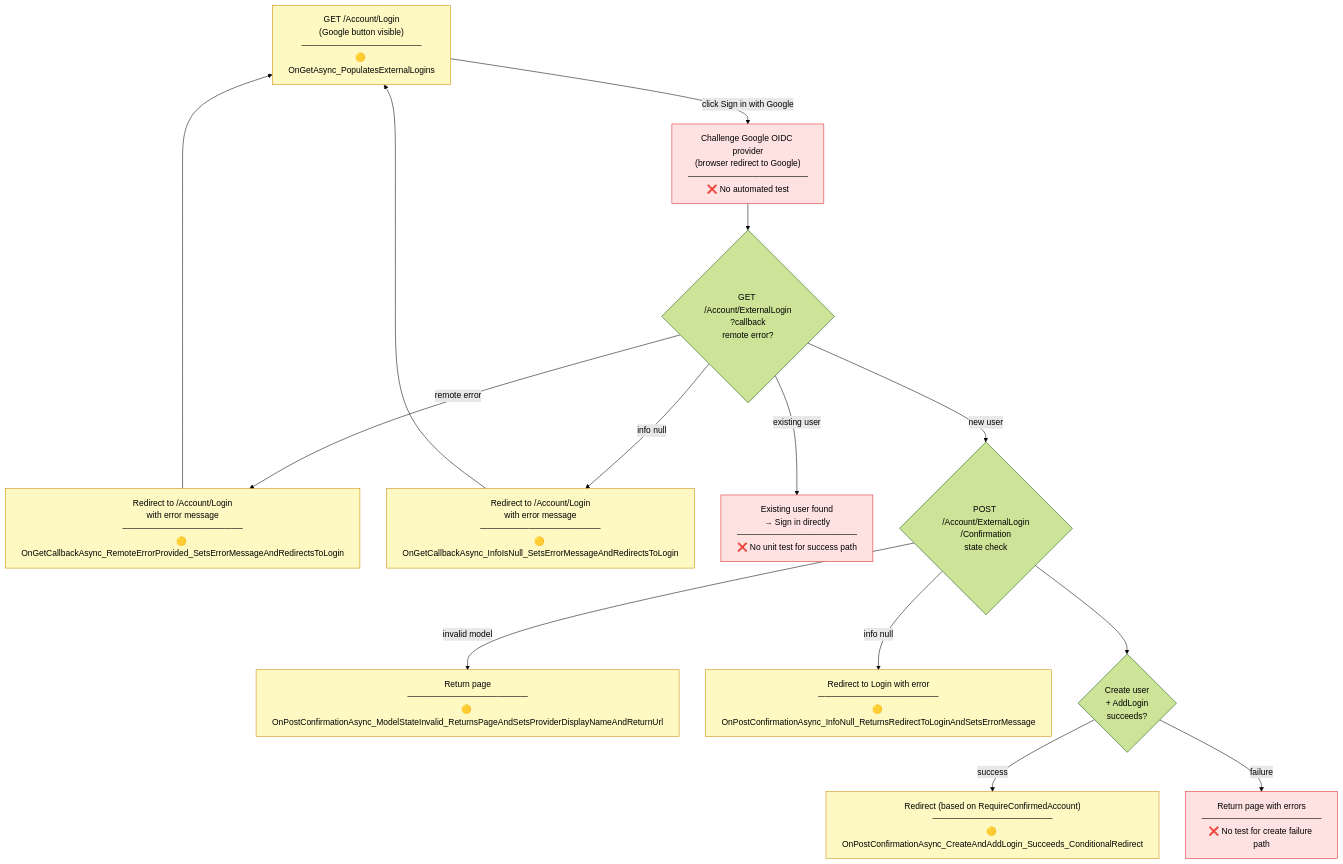
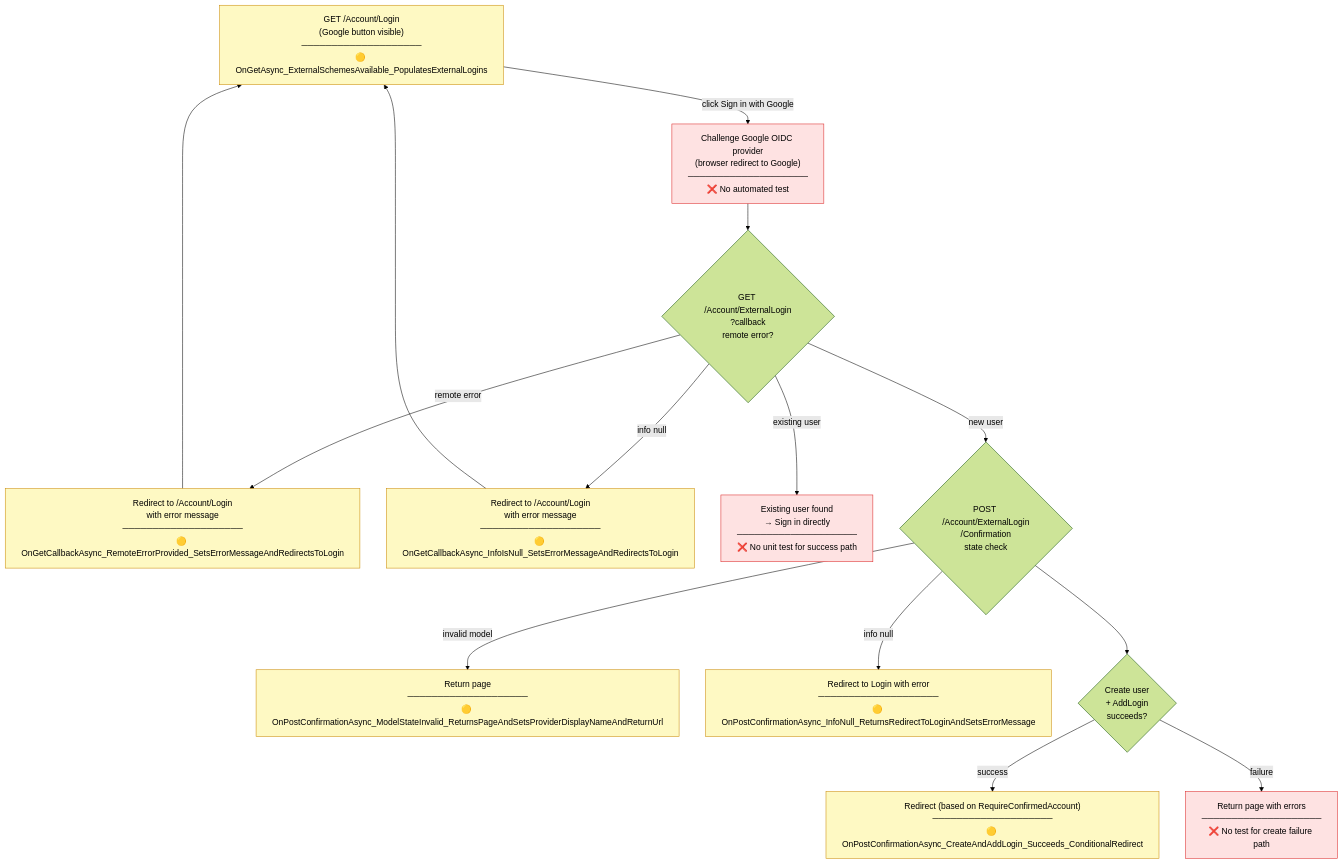
One commit to crgolden/Identity changed the seventh of 16 diagrams in TESTING.md. Above: the diagram before and after it, drawn with Mermaid (forest theme). The commit also changed other lines of this file and 54 other files, not shown here.

````diff
--- a/TESTING.md
+++ b/TESTING.md
@@ -576,45 +576,45 @@
 ```mermaid
 flowchart TD
     classDef covered fill:#bbf7d0,stroke:#15803d
     classDef unitOnly fill:#fef9c3,stroke:#ca8a04
     classDef partial fill:#fed7aa,stroke:#ea580c
     classDef noTest fill:#fee2e2,stroke:#dc2626
 
-    LoginPage["GET /Account/Login\n(Google button visible)\n────────────────────\n🟡 OnGetAsync_PopulatesExternalLogins"]:::unitOnly
+    LoginPage["GET /Account/Login\n(Google button visible)\n────────────────────\n🟡 OnGetAsync_ExternalSchemesAvailable_PopulatesExternalLogins"]:::unitOnly
 
     GoogleChallenge["Challenge Google OIDC provider\n(browser redirect to Google)\n────────────────────\n❌ No automated test"]:::noTest
 
     GoogleCallback{"GET /Account/ExternalLogin\n?callback\nremote error?"}
 
     RemoteError["Redirect to /Account/Login\nwith error message\n────────────────────\n🟡 OnGetCallbackAsync_RemoteErrorProvided_SetsErrorMessageAndRedirectsToLogin"]:::unitOnly
 
     InfoNull["Redirect to /Account/Login\nwith error message\n────────────────────\n🟡 OnGetCallbackAsync_InfoIsNull_SetsErrorMessageAndRedirectsToLogin"]:::unitOnly
 
     ExistingUserSignIn["Existing user found\n→ Sign in directly\n────────────────────\n❌ No unit test for success path"]:::noTest
 
     ConfirmationForm{"POST /Account/ExternalLogin\n/Confirmation\nstate check"}
 
     ConfirmModelInvalid["Return page\n────────────────────\n🟡 OnPostConfirmationAsync_ModelStateInvalid_ReturnsPageAndSetsProviderDisplayNameAndReturnUrl"]:::unitOnly
 
     ConfirmInfoNull["Redirect to Login with error\n────────────────────\n🟡 OnPostConfirmationAsync_InfoNull_ReturnsRedirectToLoginAndSetsErrorMessage"]:::unitOnly
 
     CreateAndAddLogin{"Create user\n+ AddLogin\nsucceeds?"}
 
     ConfirmSuccess["Redirect (based on RequireConfirmedAccount)\n────────────────────\n🟡 OnPostConfirmationAsync_CreateAndAddLogin_Succeeds_ConditionalRedirect"]:::unitOnly
 
     ConfirmFail["Return page with errors\n────────────────────\n❌ No test for create failure path"]:::noTest
 
     LoginPage -->|"click Sign in with Google"| GoogleChallenge
     GoogleChallenge --> GoogleCallback
     GoogleCallback -->|"remote error"| RemoteError
     GoogleCallback -->|"info null"| InfoNull
     GoogleCallback -->|"existing user"| ExistingUserSignIn
     GoogleCallback -->|"new user"| ConfirmationForm
     ConfirmationForm -->|"invalid model"| ConfirmModelInvalid
     ConfirmationForm -->|"info null"| ConfirmInfoNull
     ConfirmationForm --> CreateAndAddLogin
     CreateAndAddLogin -->|"success"| ConfirmSuccess
     CreateAndAddLogin -->|"failure"| ConfirmFail
     RemoteError --> LoginPage
     InfoNull --> LoginPage
 ```
````
